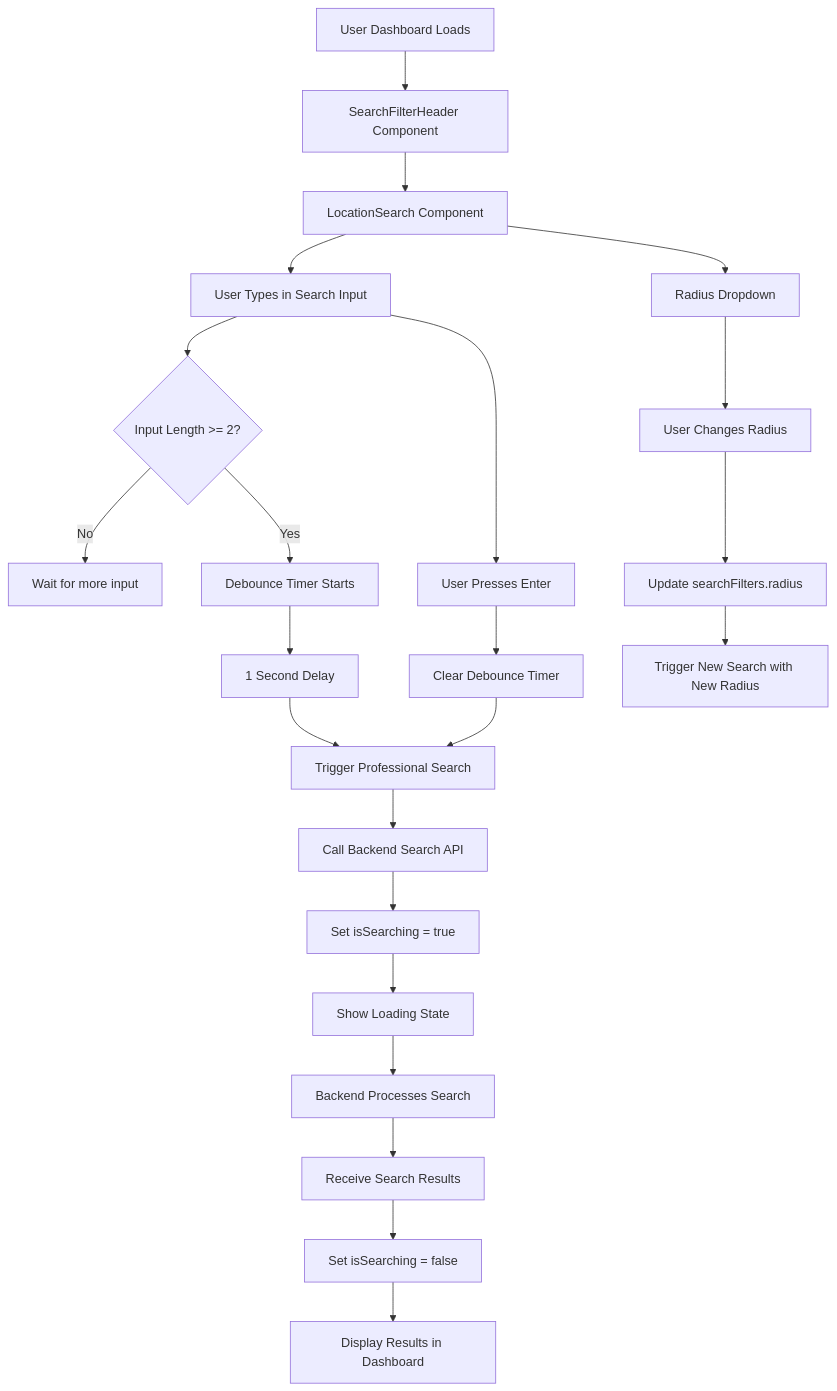
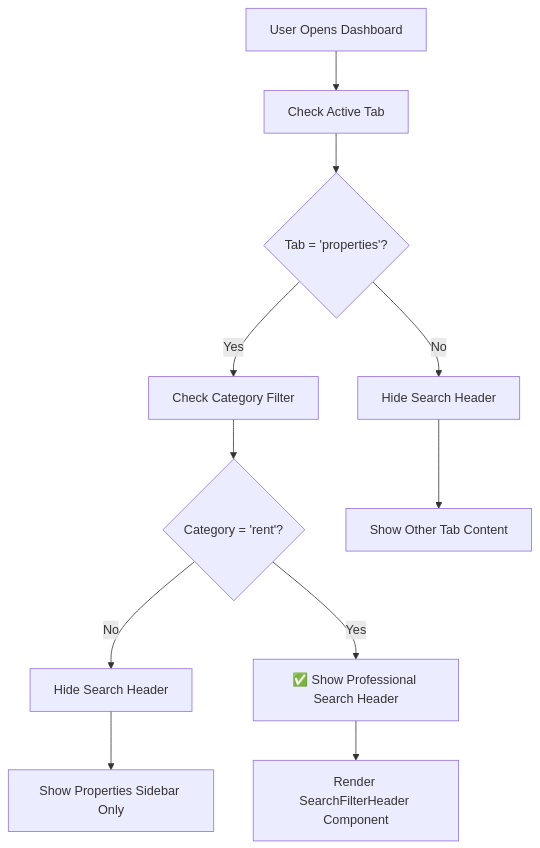
The first of 10 diagrams in PROFESSIONAL_SEARCH_FLOWCHART.md (FatemRahimi/Poperty-App), drawn with Mermaid before and after one commit. The commit also changed other lines of this file and 1 other file, not shown here.

````diff
--- a/PROFESSIONAL_SEARCH_FLOWCHART.md
+++ b/PROFESSIONAL_SEARCH_FLOWCHART.md
@@ -8,31 +8,14 @@
 ```mermaid
 flowchart TD
-    A[User Dashboard Loads] --> B[SearchFilterHeader Component]
-    B --> C[LocationSearch Component]
-    C --> D[User Types in Search Input]
+    A[User Opens Dashboard] --> B[Check Active Tab]
+    B --> C{Tab = 'properties'?}
+    C -->|No| D[Hide Search Header]
+    C -->|Yes| E[Check Category Filter]
+    E --> F{Category = 'rent'?}
+    F -->|No| G[Hide Search Header]
+    F -->|Yes| H[✅ Show Professional Search Header]
     
-    D --> E{Input Length >= 2?}
-    E -->|No| F[Wait for more input]
-    E -->|Yes| G[Debounce Timer Starts]
-    
-    G --> H[1 Second Delay]
-    H --> I[Trigger Professional Search]
-    
-    D --> J[User Presses Enter]
-    J --> K[Clear Debounce Timer]
-    K --> I
-    
-    I --> L[Call Backend Search API]
-    L --> M[Set isSearching = true]
-    M --> N[Show Loading State]
-    
-    N --> O[Backend Processes Search]
-    O --> P[Receive Search Results]
-    P --> Q[Set isSearching = false]
-    Q --> R[Display Results in Dashboard]
-    
-    C --> S[Radius Dropdown]
-    S --> T[User Changes Radius]
-    T --> U[Update searchFilters.radius]
-    U --> V[Trigger New Search with New Radius]
+    G --> I[Show Properties Sidebar Only]
+    D --> J[Show Other Tab Content]
+    H --> K[Render SearchFilterHeader Component]
 ```
````
